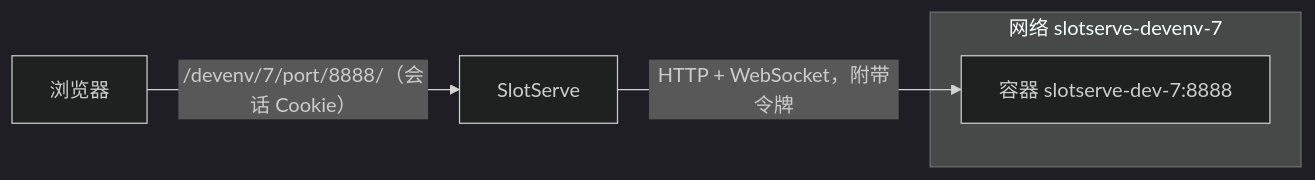
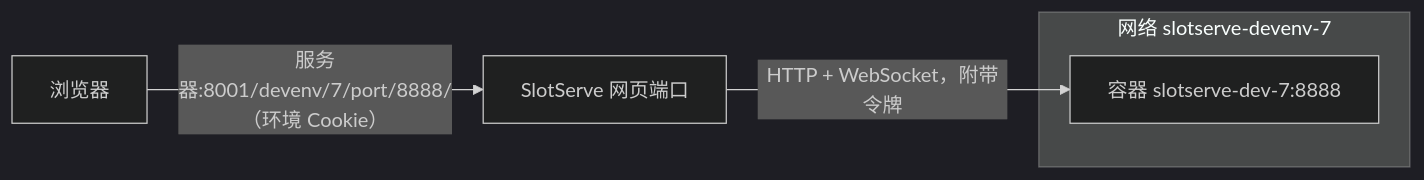
The second of 3 diagrams in docs/dev-environments.zh.md (PelerYuan/slotserve), drawn with Mermaid (dark theme) before and after one commit. The commit also changed other lines of this file and 34 other files, not shown here.

First line of the commit message:
Dev environment ports: direct host ports, runtime ports and a separate web origin

````diff
--- a/docs/dev-environments.zh.md
+++ b/docs/dev-environments.zh.md
@@ -81,8 +81,8 @@
 ```mermaid
 flowchart LR
-    B[浏览器] -- "/devenv/7/port/8888/（会话 Cookie）" --> S[SlotServe]
-    S -- "HTTP + WebSocket，附带令牌" --> C["容器 slotserve-dev-7:8888"]
+    B[浏览器] -- "服务器:8001/devenv/7/port/8888/（环境 Cookie）" --> W[SlotServe 网页端口]
+    W -- "HTTP + WebSocket，附带令牌" --> C["容器 slotserve-dev-7:8888"]
     subgraph N["网络 slotserve-devenv-7"]
         C
     end
 ```
````
